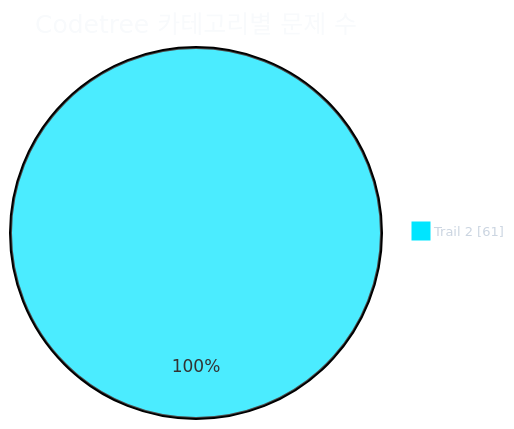
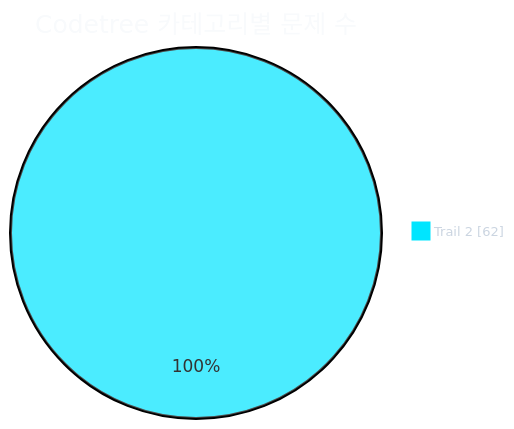
The first of 2 diagrams in readme.md (CHOOSLA/Algorithm), drawn with Mermaid before and after one commit. The commit also changed other lines of this file and 2 other files, not shown here.

````diff
--- a/readme.md
+++ b/readme.md
@@ -31,21 +31,21 @@
 ```mermaid
 ---
 config:
   theme: base
   themeVariables:
     background: '#0d1117'
     pieTitleTextColor: '#f8fafc'
     pieLegendTextColor: '#cbd5e1'
     pieLegendTextSize: '13px'
     pie1: '#00e5ff'
     pie2: '#22c55e'
     pie3: '#f59e0b'
     pie4: '#a855f7'
     pie5: '#ec4899'
     pie6: '#3b82f6'
     pie7: '#64748b'
 ---
 pie showData
   title Codetree 카테고리별 문제 수
-  "Trail 2" : 61
+  "Trail 2" : 62
 ```
````
